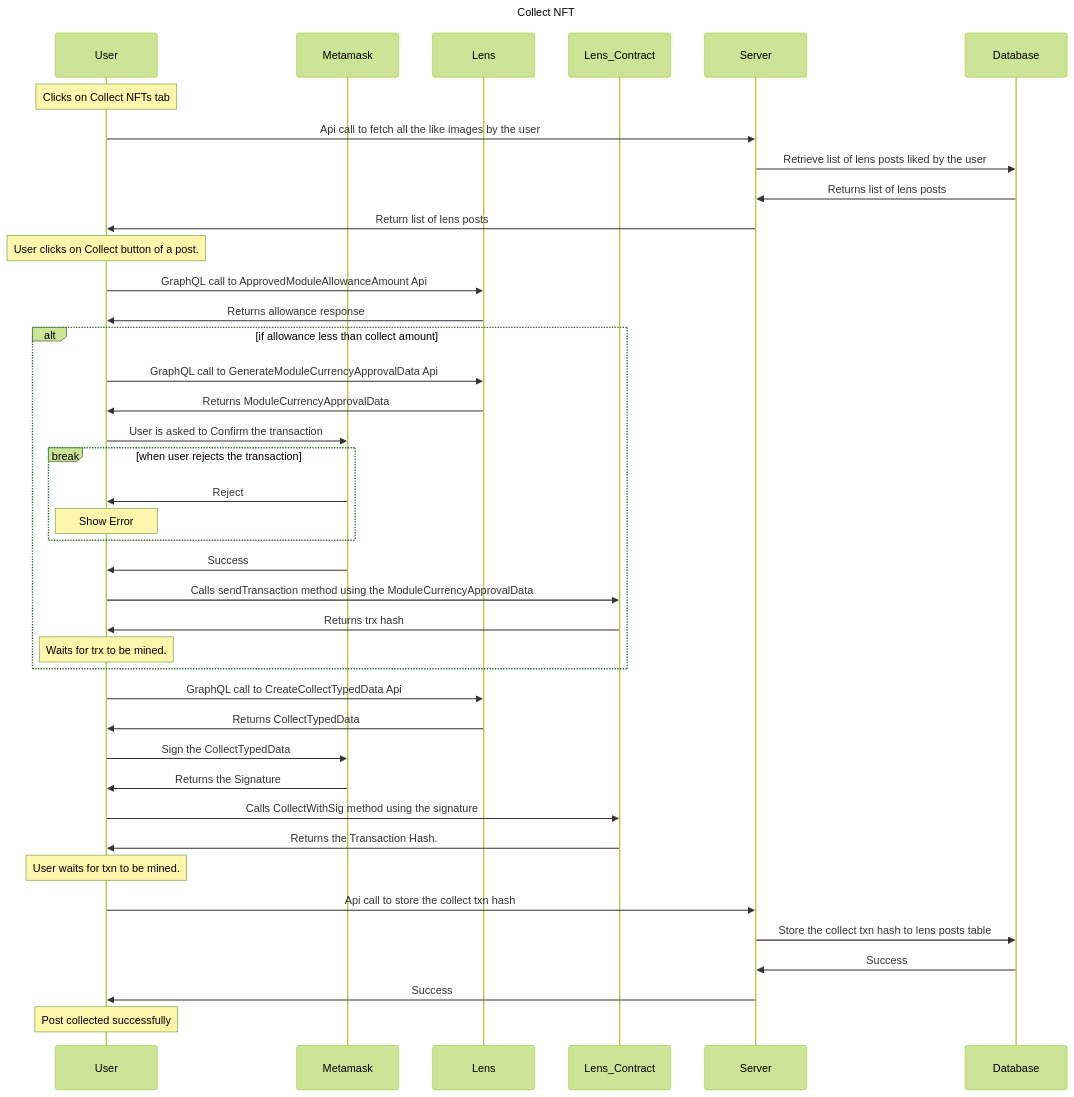
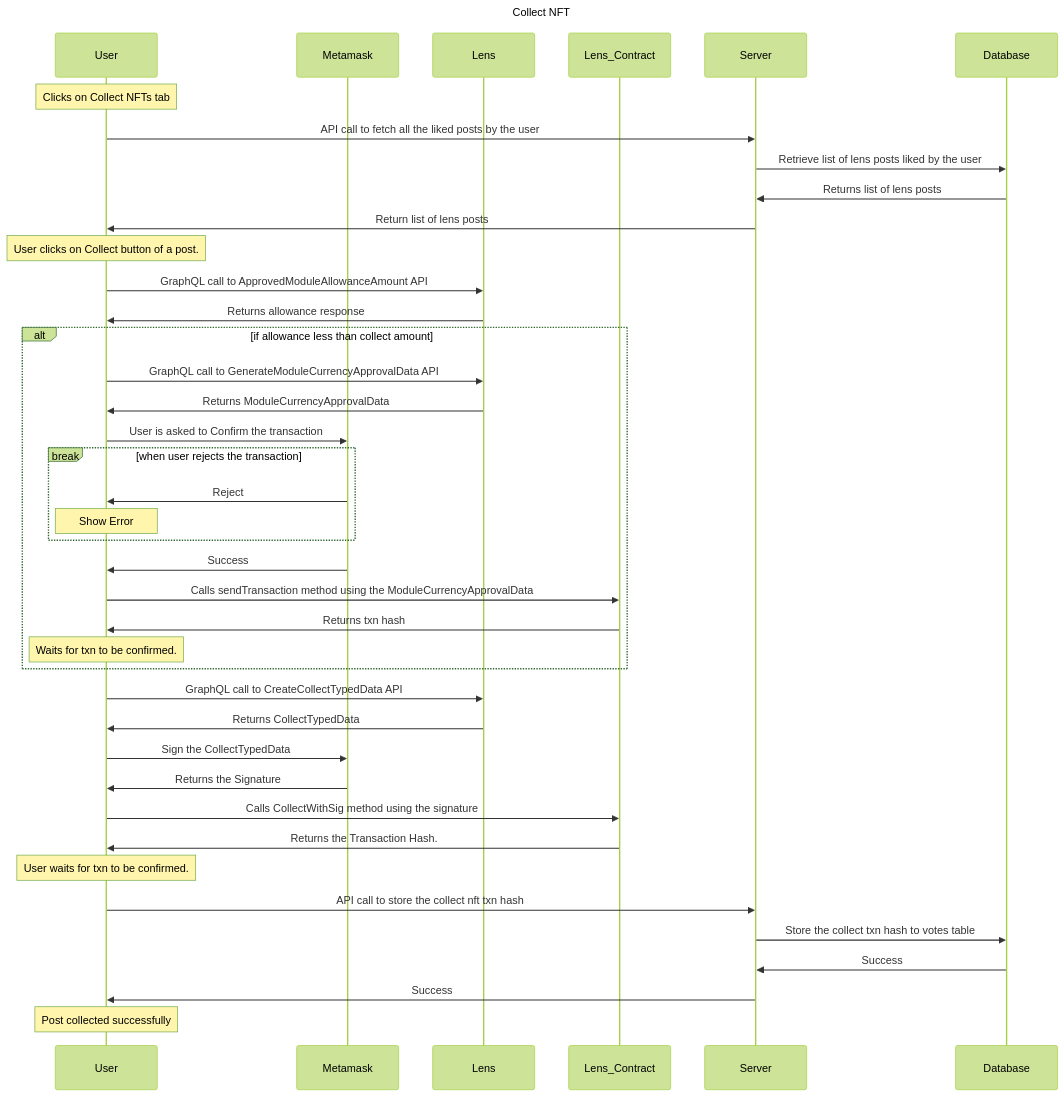
Before and after one commit to NFTorNOT/non-backend: the diagram in docs/sequenceDiagrams/collectNFTPage.mermaid, drawn with Mermaid (forest theme). The commit also changed 1 other file, not shown here.

Commit message:
Updated Sequence diagrams

```diff
--- a/docs/sequenceDiagrams/collectNFTPage.mermaid
+++ b/docs/sequenceDiagrams/collectNFTPage.mermaid
@@ -1,49 +1,49 @@
 %% Documentation: https://github.com/mermaid-js/mermaid
 %% Editor: https://mermaid.live/edit
 
 sequenceDiagram
 title Collect NFT
 participant User
 participant Metamask
 participant Lens
 participant Lens_Contract
 participant Server
 participant DB as Database
 
 note over User: Clicks on Collect NFTs tab
-User->>Server: Api call to fetch all the like images by the user
+User->>Server: API call to fetch all the liked posts by the user
 Server->>DB: Retrieve list of lens posts liked by the user
 DB->>Server: Returns list of lens posts
 Server->>User: Return list of lens posts
 
 note over User: User clicks on Collect button of a post.
 
-User->>Lens: GraphQL call to ApprovedModuleAllowanceAmount Api
+User->>Lens: GraphQL call to ApprovedModuleAllowanceAmount API
 Lens->>User: Returns allowance response
 
 alt if allowance less than collect amount
-    User->>Lens: GraphQL call to GenerateModuleCurrencyApprovalData Api
+    User->>Lens: GraphQL call to GenerateModuleCurrencyApprovalData API
     Lens->>User: Returns ModuleCurrencyApprovalData
     User->>Metamask: User is asked to Confirm the transaction
 
     break when user rejects the transaction 
         Metamask->>User: Reject
         note over User: Show Error
     end
     Metamask->>User: Success
     User->>Lens_Contract: Calls sendTransaction method using the ModuleCurrencyApprovalData
-    Lens_Contract->>User: Returns trx hash
-    note over User: Waits for trx to be mined.
+    Lens_Contract->>User: Returns txn hash
+    note over User: Waits for txn to be confirmed.
 end
-User->>Lens: GraphQL call to CreateCollectTypedData Api
+User->>Lens: GraphQL call to CreateCollectTypedData API
 Lens->>User: Returns CollectTypedData
 User->>Metamask: Sign the CollectTypedData
 Metamask->>User: Returns the Signature
 User->>Lens_Contract: Calls CollectWithSig method using the signature
 Lens_Contract->>User: Returns the Transaction Hash.
-note over User: User waits for txn to be mined.
-User->>Server: Api call to store the collect txn hash
-Server->>DB: Store the collect txn hash to lens posts table
+note over User: User waits for txn to be confirmed.
+User->>Server: API call to store the collect nft txn hash
+Server->>DB: Store the collect txn hash to votes table
 DB->>Server: Success
 Server->>User: Success
 note over User: Post collected successfully
```
